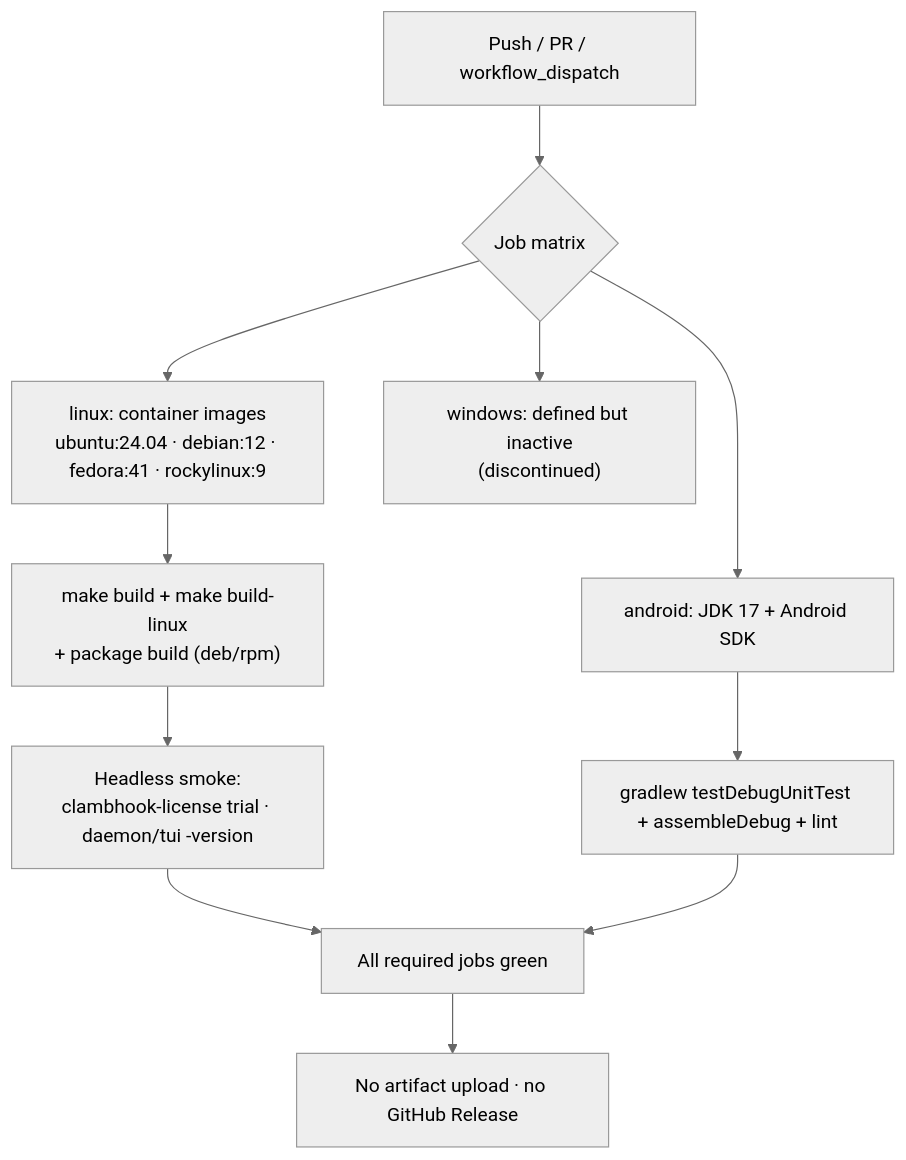
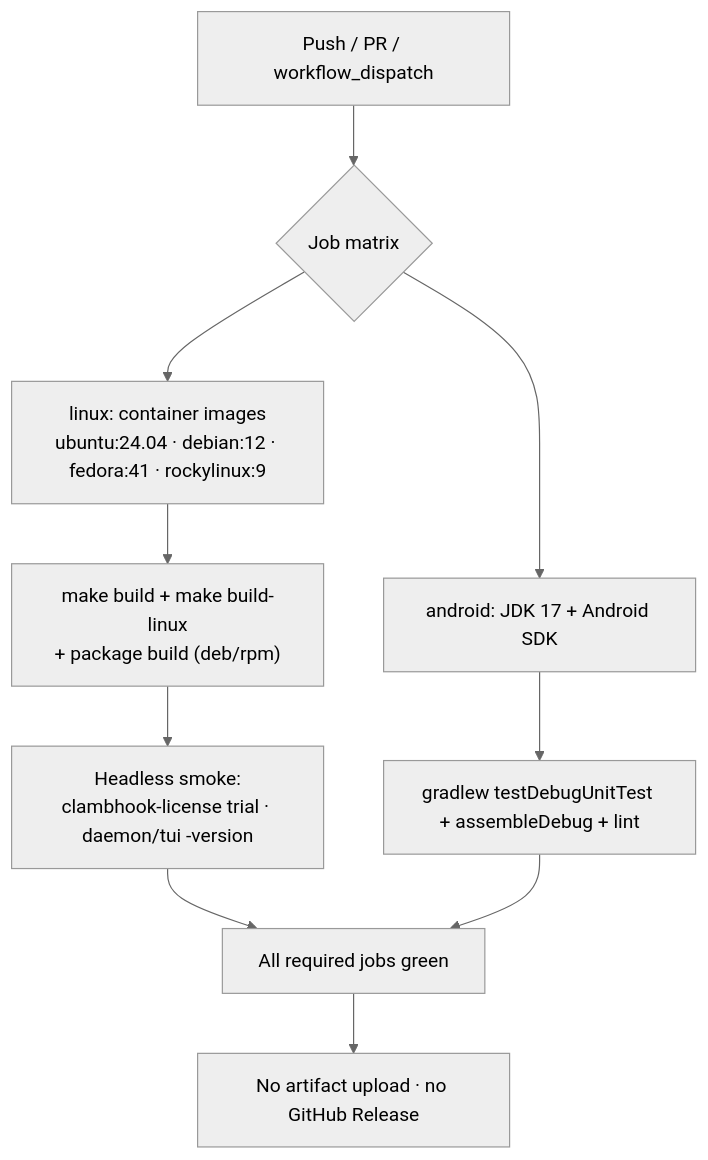
The third of 3 diagrams in docs/release-validation.md (JohnThre/clambhook), drawn with Mermaid (neutral theme) before and after one commit. The commit also changed other lines of this file and 58 other files, not shown here.

````diff
--- a/docs/release-validation.md
+++ b/docs/release-validation.md
@@ -81,13 +80,12 @@
 ```mermaid
 flowchart TD
     push["Push / PR / workflow_dispatch"] --> jobs{Job matrix}
     jobs --> linux["linux: container images<br/>ubuntu:24.04 · debian:12 · fedora:41 · rockylinux:9"]
     jobs --> android["android: JDK 17 + Android SDK"]
-    jobs --> windows["windows: defined but inactive<br/>(discontinued)"]
     linux --> lbuild["make build + make build-linux<br/>+ package build (deb/rpm)"]
     lbuild --> lsmoke["Headless smoke:<br/>clambhook-license trial · daemon/tui -version"]
     android --> abuild["gradlew testDebugUnitTest + assembleDebug + lint"]
     lsmoke --> gate["All required jobs green"]
     abuild --> gate
     gate --> nopublish["No artifact upload · no GitHub Release"]
 ```
````
